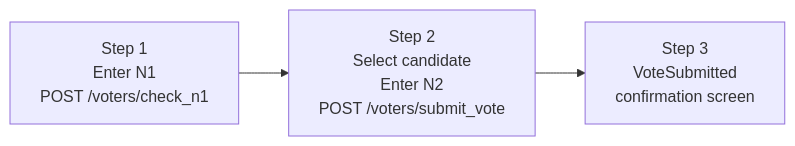
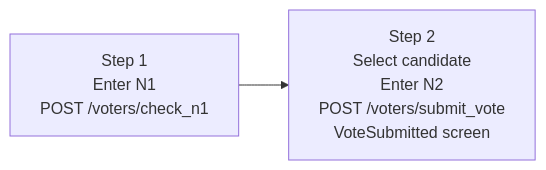
The diagram in frontend/voter/casting-a-vote.mdx (Crypto-Project-ENSTA/docs), drawn with Mermaid before and after one commit. The commit also changed other lines of this file and 13 other files, not shown here.

````diff
--- a/frontend/voter/casting-a-vote.mdx
+++ b/frontend/voter/casting-a-vote.mdx
@@ -17,5 +17,4 @@
 ```mermaid
 flowchart LR
-    A["Step 1\nEnter N1\nPOST /voters/check_n1"] --> B["Step 2\nSelect candidate\nEnter N2\nPOST /voters/submit_vote"]
-    B --> C["Step 3\nVoteSubmitted\nconfirmation screen"]
+    A["Step 1\nEnter N1\nPOST /voters/check_n1"] --> B["Step 2\nSelect candidate\nEnter N2\nPOST /voters/submit_vote\nVoteSubmitted screen"]
 ```
````
